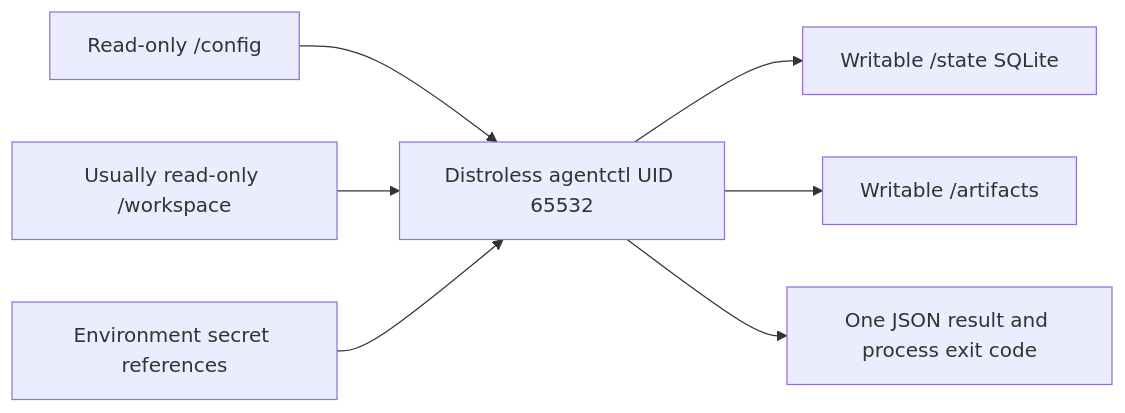
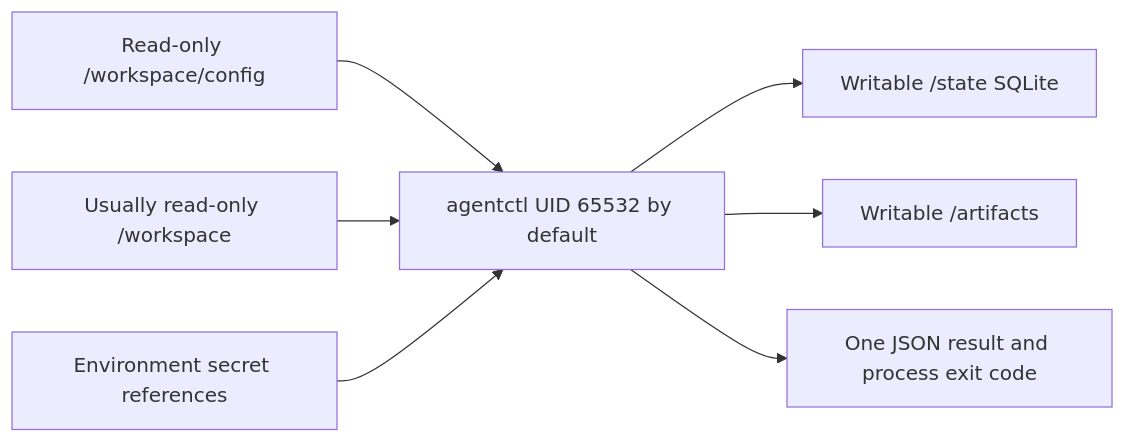
Diagram 11 of 15 in docs/architecture/DIAGRAMS.md (opensourceops/agentctl), drawn with Mermaid before and after one commit. The commit also changed other lines of this file and 97 other files, not shown here.

````diff
--- a/docs/architecture/DIAGRAMS.md
+++ b/docs/architecture/DIAGRAMS.md
@@ -213,11 +213,11 @@
 ```mermaid
 flowchart LR
   accTitle: Container deployment contract
-  accDescr: A non-root agentctl container reads config and workspace mounts, writes state and artifacts, receives secret references, and returns JSON and an exit code.
-  Config[Read-only /config] --> Container[Distroless agentctl UID 65532]
+  accDescr: A non-root agentctl container reads configuration inside the workspace, writes state and authorized artifacts, receives secret references, and returns JSON and an exit code.
+  Config[Read-only /workspace/config] --> Container[agentctl UID 65532 by default]
   Workspace[Usually read-only /workspace] --> Container
   Container --> State[Writable /state SQLite]
   Container --> Artifacts[Writable /artifacts]
   Secrets[Environment secret references] --> Container
   Container --> Output[One JSON result and process exit code]
 ```
````
